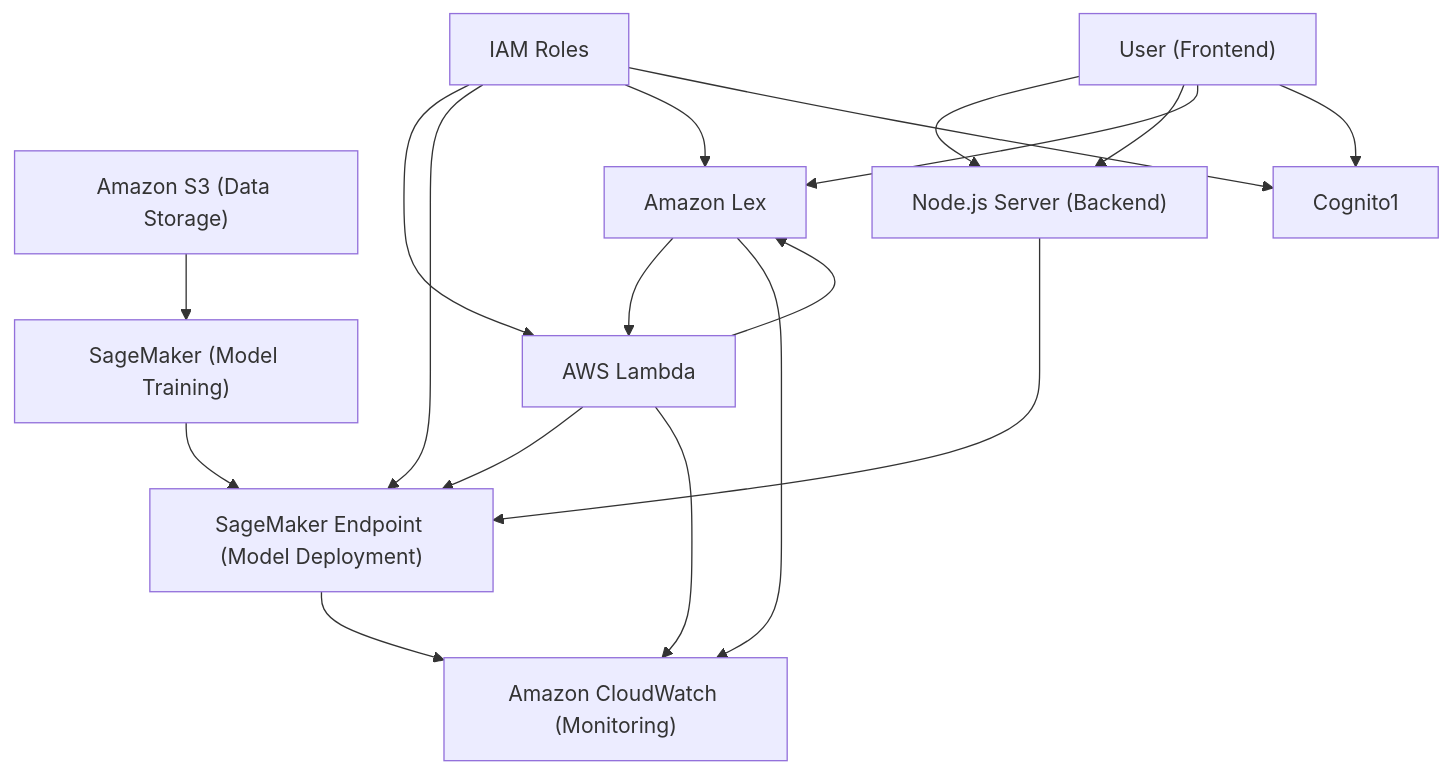
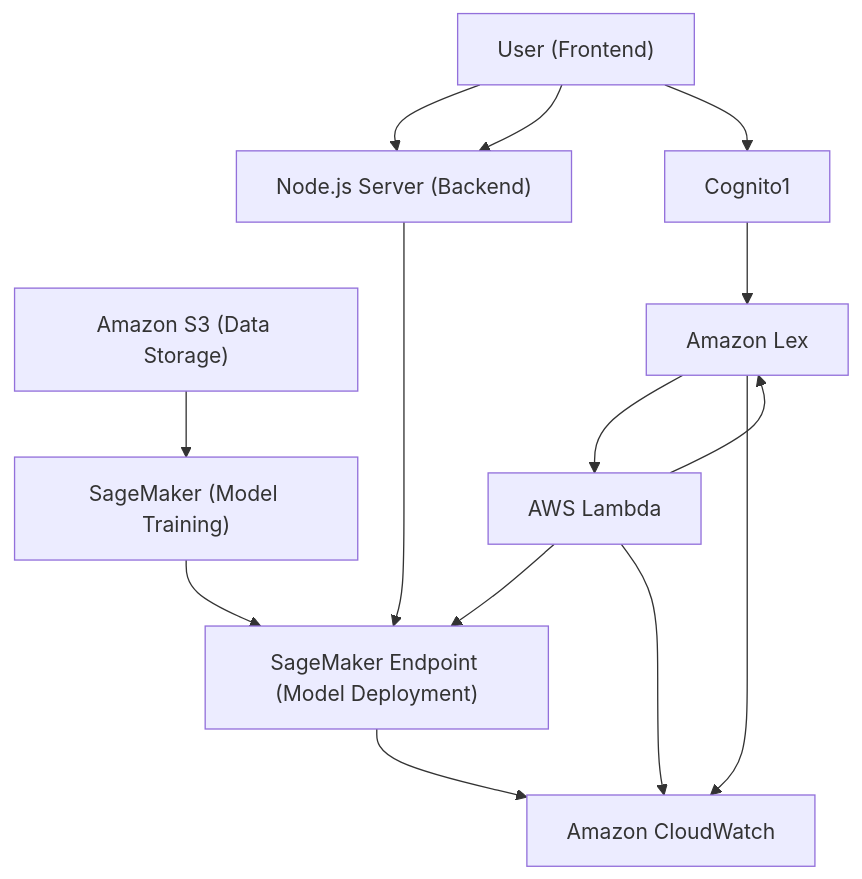
The diagram in README.md (mamokebe/AWS-Networking-Setup), drawn with Mermaid before and after one commit.

Commit message:
new commit

````diff
--- a/README.md
+++ b/README.md
@@ -61,45 +61,38 @@
 ```mermaid
 graph TD
   %% Data Flow
   S3["Amazon S3 (Data Storage)"]
   SMTrain["SageMaker (Model Training)"]
   SMEndpoint["SageMaker Endpoint (Model Deployment)"]
   NodeJS["Node.js Server (Backend)"]
 
 
   %% Lex Flow
   User1["User (Frontend)"]
   Lex["Amazon Lex"]
   Lambda["AWS Lambda"]
 
-  %% Monitoring & IAM
-  CloudWatch["Amazon CloudWatch (Monitoring)"]
-  IAM["IAM Roles"]
+  %% Monitoring 
+  CloudWatch["Amazon CloudWatch"]
 
   %% Data Training Flow
   User1 --> NodeJS
   S3 --> SMTrain
   SMTrain --> SMEndpoint
 
   %% Node.js Inference Flow
   User1 --> NodeJS
   NodeJS --> SMEndpoint
 
   %% Lex Inference Flow
-  User1 --> Lex
+  User1 -->Cognito1--> Lex
   Lex --> Lambda
   Lambda --> SMEndpoint
-  Lambda --> Lex
-  User1 --> Cognito1
+  Lambda --> Lex 
 
   %% Monitoring
   Lambda --> CloudWatch
   SMEndpoint --> CloudWatch
   Lex --> CloudWatch
 
-  %% IAM
-  IAM --> Lambda
-  IAM --> SMEndpoint
-  IAM --> Lex
-  IAM --> Cognito1
-```
+  ```
````
